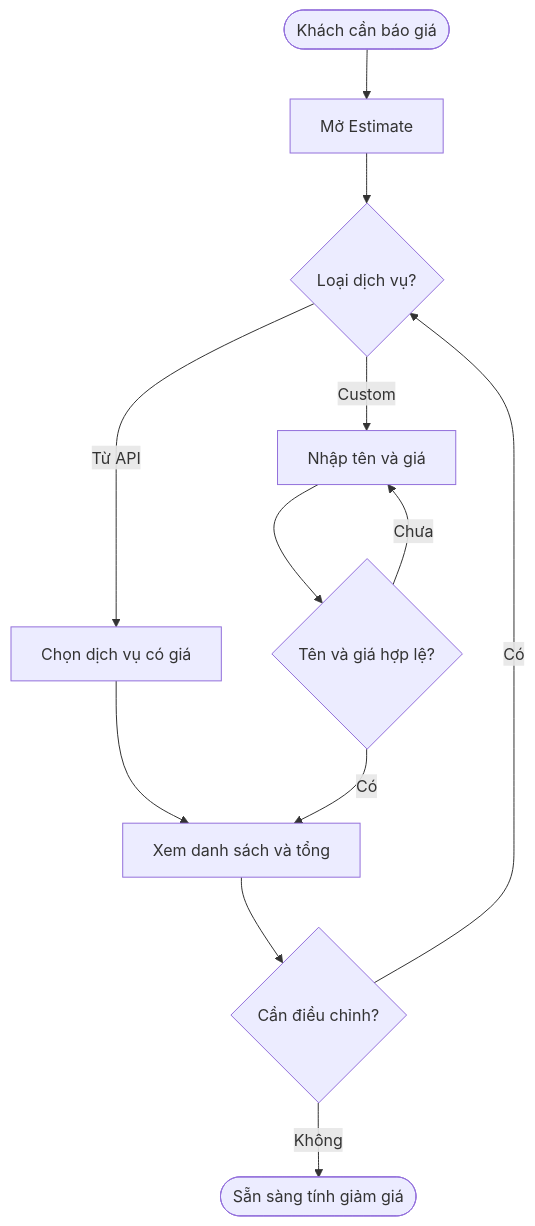
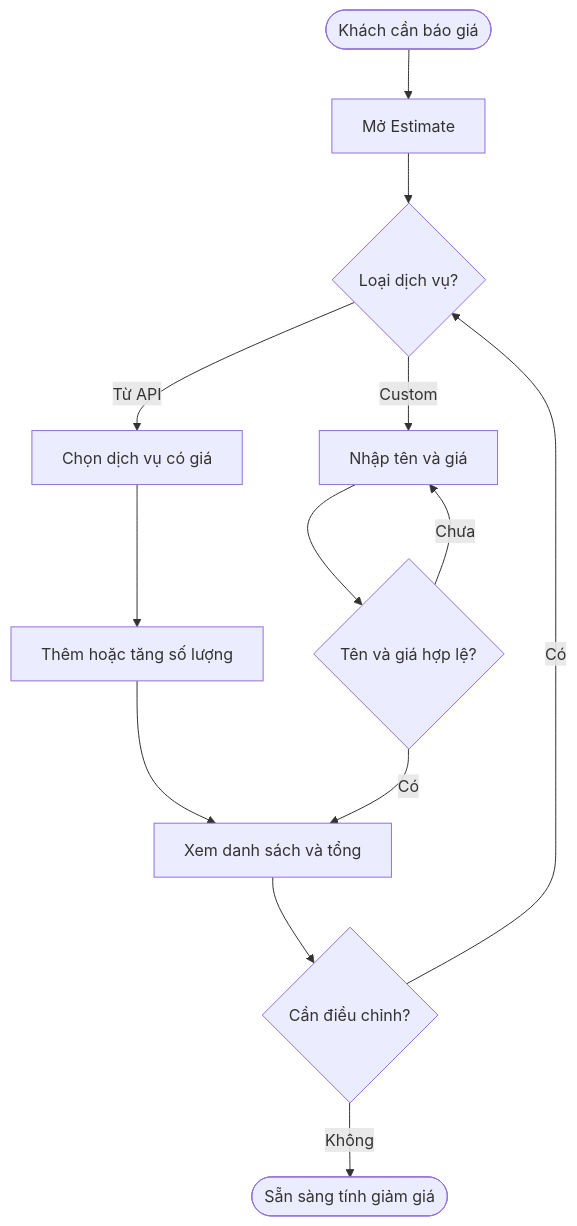
The first of 4 diagrams in docs/business/front-desk-estimate.md (maivtn/taxiq), drawn with Mermaid before and after one commit. The commit also changed other lines of this file and 3 other files, not shown here.

````diff
--- a/docs/business/front-desk-estimate.md
+++ b/docs/business/front-desk-estimate.md
@@ -63,14 +64,15 @@
 ```mermaid
 flowchart TD
     A([Khách cần báo giá]) --> B[Mở Estimate]
     B --> S{Loại dịch vụ?}
     S -- Từ API --> C[Chọn dịch vụ có giá]
-    C --> F[Xem danh sách và tổng]
+    C --> Q[Thêm hoặc tăng số lượng]
+    Q --> F[Xem danh sách và tổng]
     S -- Custom --> E[Nhập tên và giá]
     E --> D{Tên và giá hợp lệ?}
     D -- Chưa --> E
     D -- Có --> F
     F --> G{Cần điều chỉnh?}
     G -- Có --> S
     G -- Không --> H([Sẵn sàng tính giảm giá])
 ```
````
